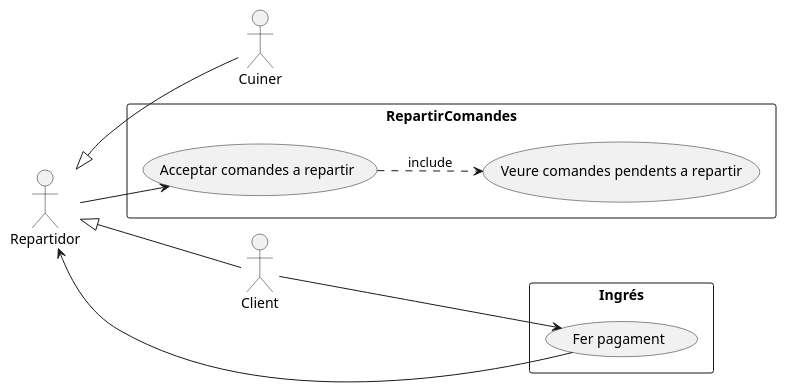
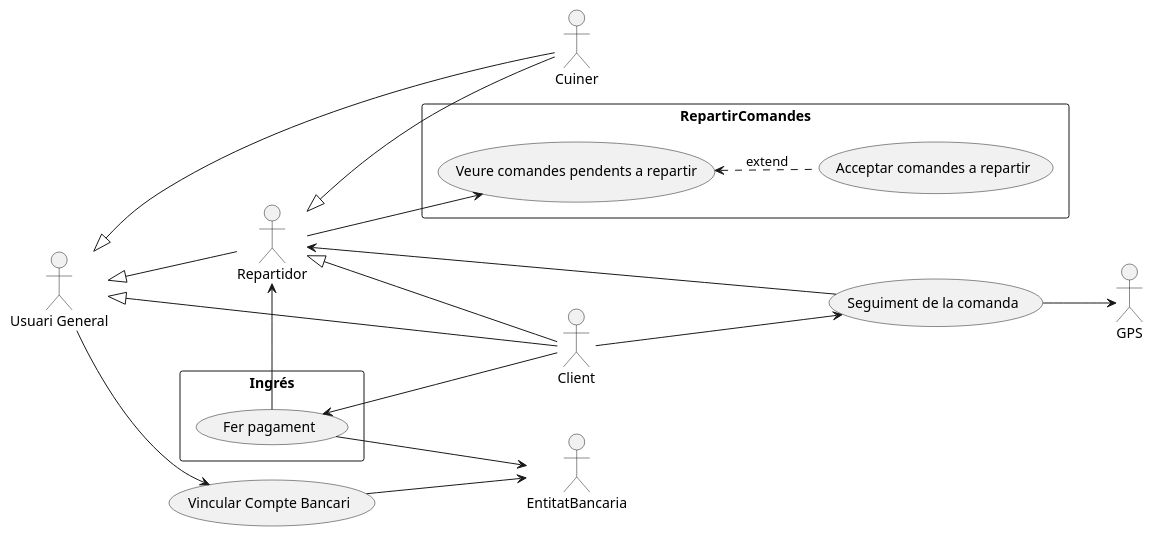
The diagram in documents/Diagrames/Cas d'ús/Repartidor/UML_Cas_d_us_Repartidor.md (martipages/ES23UAB431-02), drawn with PlantUML before and after one commit. The commit also changed other lines of this file and 17 other files, not shown here.

Commit message:
Update tot usuaris + correccio uml

```diff
--- a/documents/Diagrames/Cas d'ús/Repartidor/UML_Cas_d_us_Repartidor.md
+++ b/documents/Diagrames/Cas d'ús/Repartidor/UML_Cas_d_us_Repartidor.md
@@ -1,25 +1,165 @@
 @startuml
+
 left to right direction
 
+
+
+''Perfils:
+
+
+
 :Cuiner:
+
+
+
 :Client:
+
+
+
 :Repartidor:
 
+
+
+:Usuari General: as UsuariGeneral
+
+
+
+
+
+''CU:
+
+
+
+rectangle Ingrés {
+
+
+
+(Fer pagament) as Pagament
+
+
+
+}
+
+
+
+
+
+(Seguiment de la comanda) as Seg
+
+
+
+(Vincular Compte Bancari) as VincularCompteBancari
+
+
+
+rectangle Ingrés {
+
+
+
+(Fer pagament) as Pagament
+
+
+
+}
+
+
+
+rectangle RepartirComandes {
+
+
+
+(Acceptar comandes a repartir) as AcceptarComandes
+
+
+
+(Veure comandes pendents a repartir) as VeureComandes
+
+
+
+}
+
+
+
+
+
+
+
+''Herencies:
+
+
+
 Repartidor <|-- Client
+
+
+
 Repartidor <|-- Cuiner
 
-rectangle Ingrés {
-(Fer pagament) as Pagament
-}
-rectangle RepartirComandes {
-(Acceptar comandes a repartir) as AcceptarComandes
-(Veure comandes pendents a repartir) as VeureComandes
-}
+
+
+UsuariGeneral <|-- Client
+
+
+
+UsuariGeneral <|-- Repartidor
+
+
+
+UsuariGeneral <|-- Cuiner
+
+
+
+''Actors Externs:
+
+
+
+Seg --> GPS
+
+
+
+Pagament --> EntitatBancaria
+
+
+
+''Relacions
+
+
 
 Client --> Pagament
+
+
+
+Client --> Seg
+
+
+
+Repartidor --> VeureComandes
+
+
+
+UsuariGeneral --> VincularCompteBancari
+
+
+
+VincularCompteBancari --> EntitatBancaria
+
+
+
 Pagament --> Repartidor
-Repartidor --> AcceptarComandes
 
-AcceptarComandes ..> VeureComandes : include
+
+
+Seg --> Repartidor
+
+
+
+''Include / Extend
+
+
+
+
+
+VeureComandes <.. AcceptarComandes : extend
+
+
 
 @enduml
```
